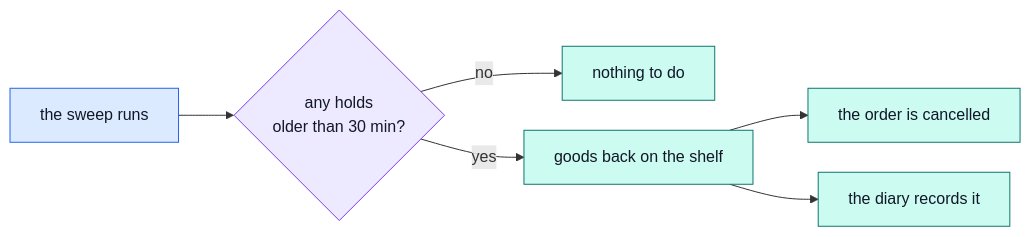
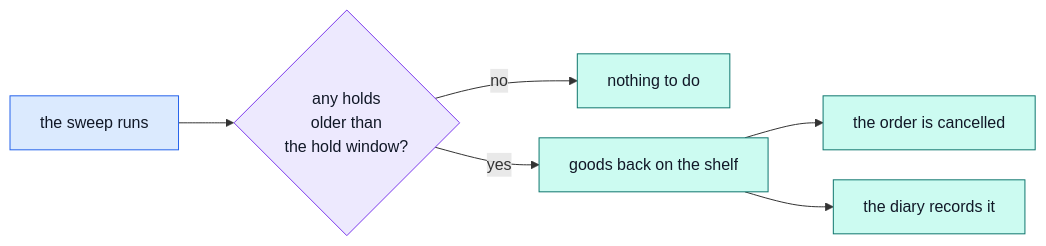
One commit to Guebbit/boilerplate-node-backend changed the second of 3 diagrams in docs/demo-ecommerce/warehouse.md. Above: the diagram before and after it, drawn with Mermaid. The commit also changed other lines of this file and 130 other files, not shown here.

````diff
--- a/docs/demo-ecommerce/warehouse.md
+++ b/docs/demo-ecommerce/warehouse.md
@@ -80,16 +80,16 @@
 ```mermaid
 %%{init: {'flowchart': {'nodeSpacing': 30, 'rankSpacing': 55}}}%%
 flowchart LR
-    A["the sweep runs"] --> B{"any holds<br/>older than 30 min?"}
+    A["the sweep runs"] --> B{"any holds<br/>older than<br/>the hold window?"}
     B -->|no| C["nothing to do"]
     B -->|yes| D["goods back on the shelf"]
     D --> E["the order is cancelled"]
     D --> F["the diary records it"]
 
     classDef act fill:#dbeafe,stroke:#2563eb,color:#111827;
     classDef check fill:#ede9fe,stroke:#7c3aed,color:#111827;
     classDef done fill:#ccfbf1,stroke:#0f766e,color:#111827;
     class A act;
     class B check;
     class C,D,E,F done;
 ```
````
